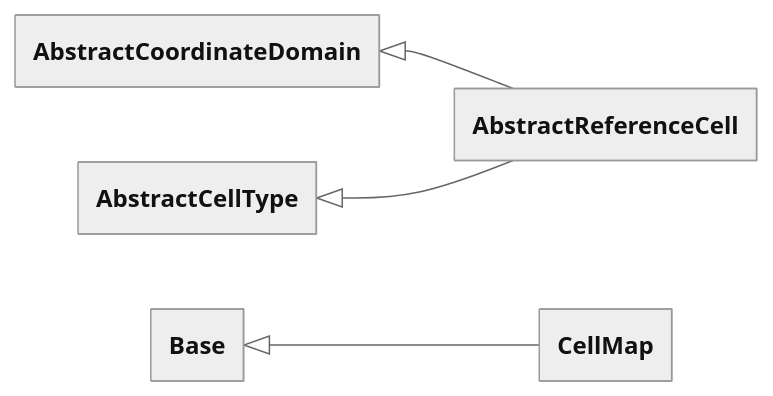
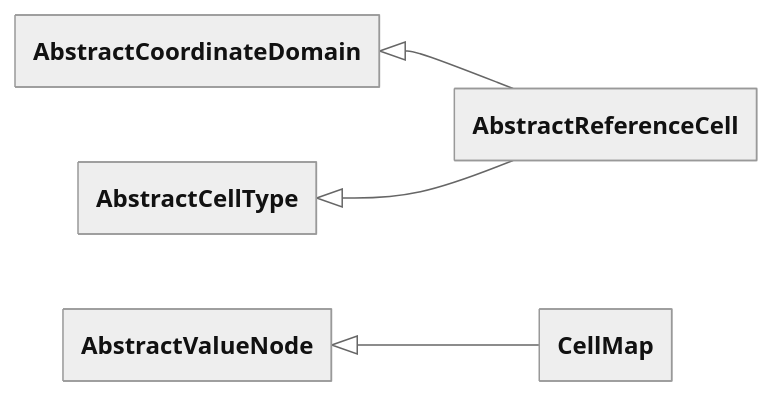
Before and after one commit to FEniCS/uflx: the ninth of 12 diagrams in design/language.md, drawn with Mermaid. The commit also changed other lines of this file and 9 other files, not shown here.

````diff
--- a/design/language.md
+++ b/design/language.md
@@ -4118,17 +4414,17 @@
 ```mermaid
 ---
 config:
   theme: neutral
   look: classic
   class:
     theme: neutral
     look: classic
     hideEmptyMembersBox: true
 ---
 classDiagram
     direction LR
     accTitle: Reference cells class hierarchy
     AbstractCoordinateDomain <|-- AbstractReferenceCell
     AbstractCellType <|-- AbstractReferenceCell
-    Base <|-- CellMap
+    AbstractValueNode <|-- CellMap
 ```
````
